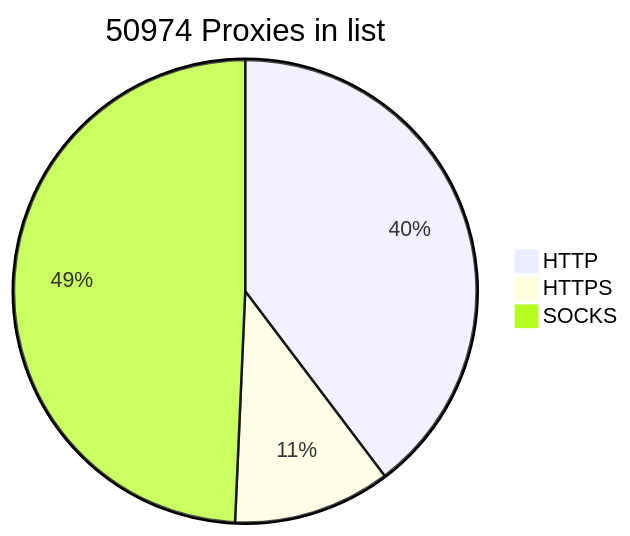
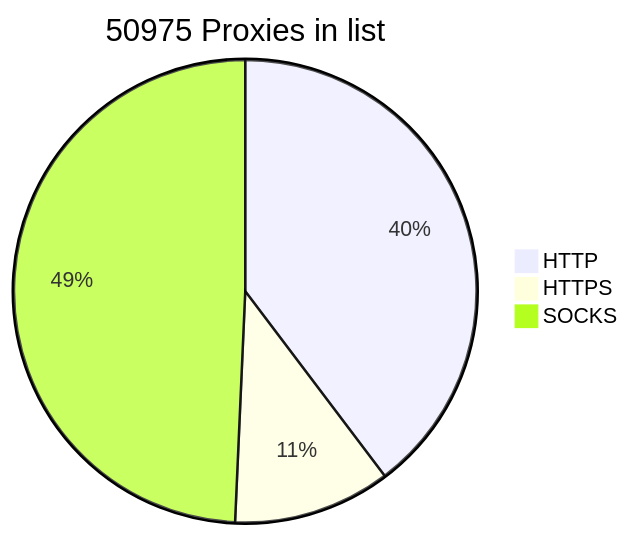
The diagram in README.md (BlackSnowDot/proxylist-update-every-minute), drawn with Mermaid before and after one commit.

````diff
--- a/README.md
+++ b/README.md
@@ -2,6 +2,6 @@
 ```mermaid
-pie title 50974 Proxies in list
+pie title 50975 Proxies in list
     "HTTP" : 22416
     "HTTPS": 6209
-    "SOCKS" : 27832
+    "SOCKS" : 27833
 ```
````
